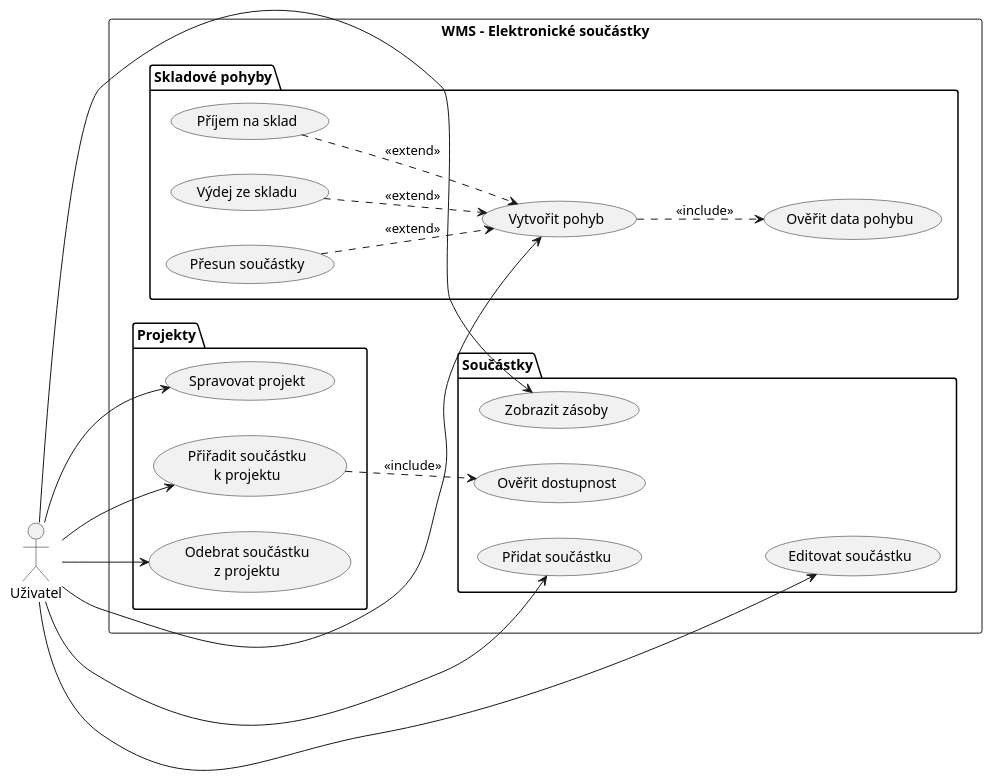
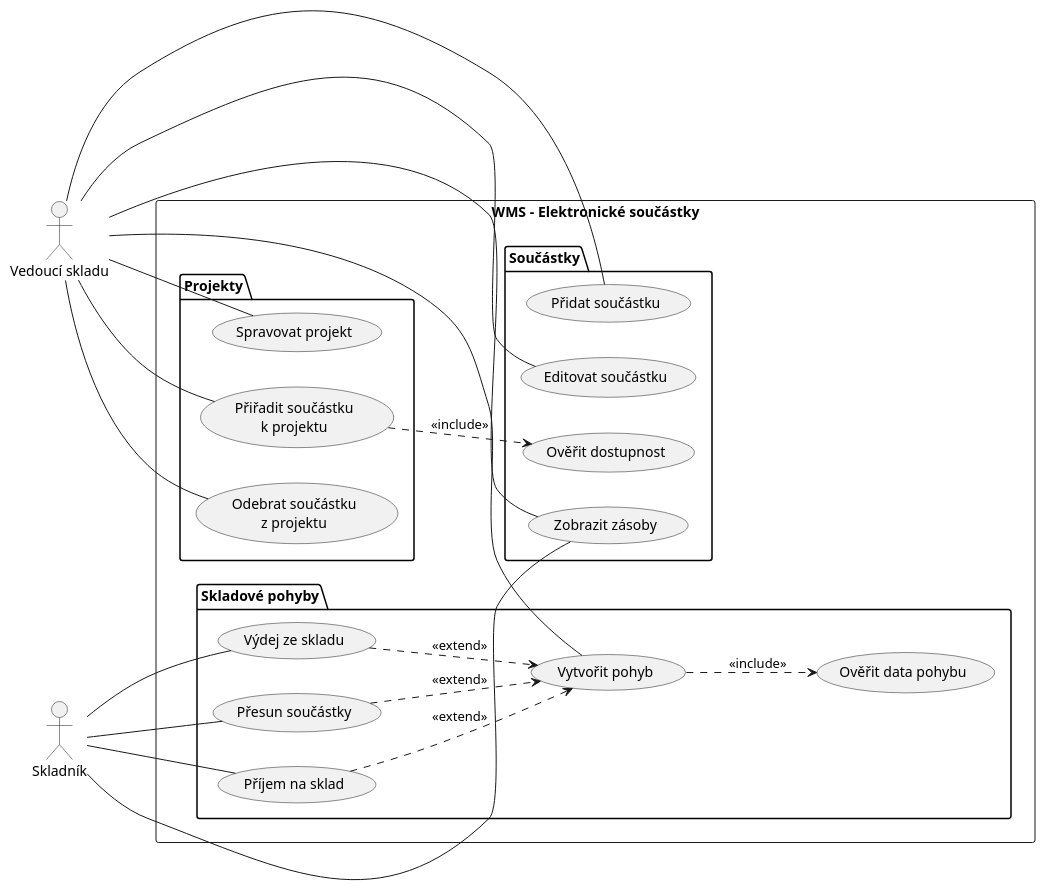
One commit to lkvapil/kOdevzdaniProjektWMS changed the diagram in diagrams/01_use_case.puml. Above: the diagram before and after it, drawn with PlantUML. The commit also changed 1 other file, not shown here.

Commit message:
Use Case – Vedoucí skladu + Skladník, čáry bez šipek

```diff
--- a/diagrams/01_use_case.puml
+++ b/diagrams/01_use_case.puml
@@ -1,49 +1,56 @@
 @startuml 01_use_case
 left to right direction
 
-actor "Uživatel" as Uzivatel
+actor "Vedoucí skladu" as Vedouci
+actor "Skladník" as Skladnik
 
 rectangle "WMS – Elektronické součástky" {
 
   package "Skladové pohyby" {
     usecase "Vytvořit pohyb" as UC_POHYB
     usecase "Ověřit data pohybu" as UC_OVERIT
     usecase "Příjem na sklad" as UC_PRIJEM
     usecase "Výdej ze skladu" as UC_VYDEJ
     usecase "Přesun součástky" as UC_PRESUN
   }
 
   package "Součástky" {
     usecase "Přidat součástku" as UC_ADD
     usecase "Editovat součástku" as UC_EDIT
     usecase "Zobrazit zásoby" as UC_ZASOBY
     usecase "Ověřit dostupnost" as UC_DOSTUPNOST
-    UC_ADD -[hidden]down- UC_EDIT
   }
 
   package "Projekty" {
     usecase "Spravovat projekt" as UC_PROJEKT
     usecase "Přiřadit součástku\nk projektu" as UC_PRIRADIT
     usecase "Odebrat součástku\nz projektu" as UC_ODEBRAT
   }
 
 }
 
-Uzivatel --> UC_POHYB
-Uzivatel --> UC_ADD
-Uzivatel --> UC_EDIT
-Uzivatel --> UC_ZASOBY
-Uzivatel --> UC_PROJEKT
-Uzivatel --> UC_PRIRADIT
-Uzivatel --> UC_ODEBRAT
+' Vedoucí skladu – čára bez šipky
+Vedouci -- UC_POHYB
+Vedouci -- UC_ADD
+Vedouci -- UC_EDIT
+Vedouci -- UC_ZASOBY
+Vedouci -- UC_PROJEKT
+Vedouci -- UC_PRIRADIT
+Vedouci -- UC_ODEBRAT
 
-' include: od zahrnujiciho k zahrnutemu (povinne)
+' Skladník – čára bez šipky
+Skladnik -- UC_PRIJEM
+Skladnik -- UC_VYDEJ
+Skladnik -- UC_PRESUN
+Skladnik -- UC_ZASOBY
+
+' include: povinné zahrnutí
 UC_POHYB    ..> UC_OVERIT     : <<include>>
 UC_PRIRADIT ..> UC_DOSTUPNOST : <<include>>
 
-' extend: od pridaneho k puvodnimu (specializace)
+' extend: specializace pohybu
 UC_PRIJEM ..> UC_POHYB : <<extend>>
 UC_VYDEJ  ..> UC_POHYB : <<extend>>
 UC_PRESUN ..> UC_POHYB : <<extend>>
 
 @enduml
```
